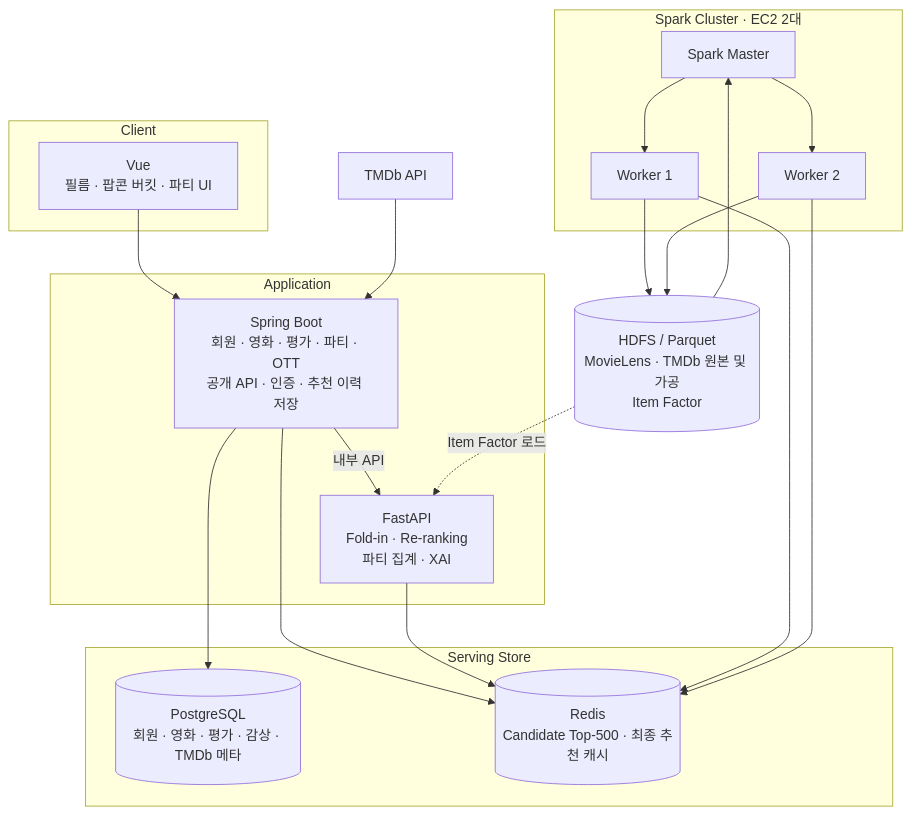
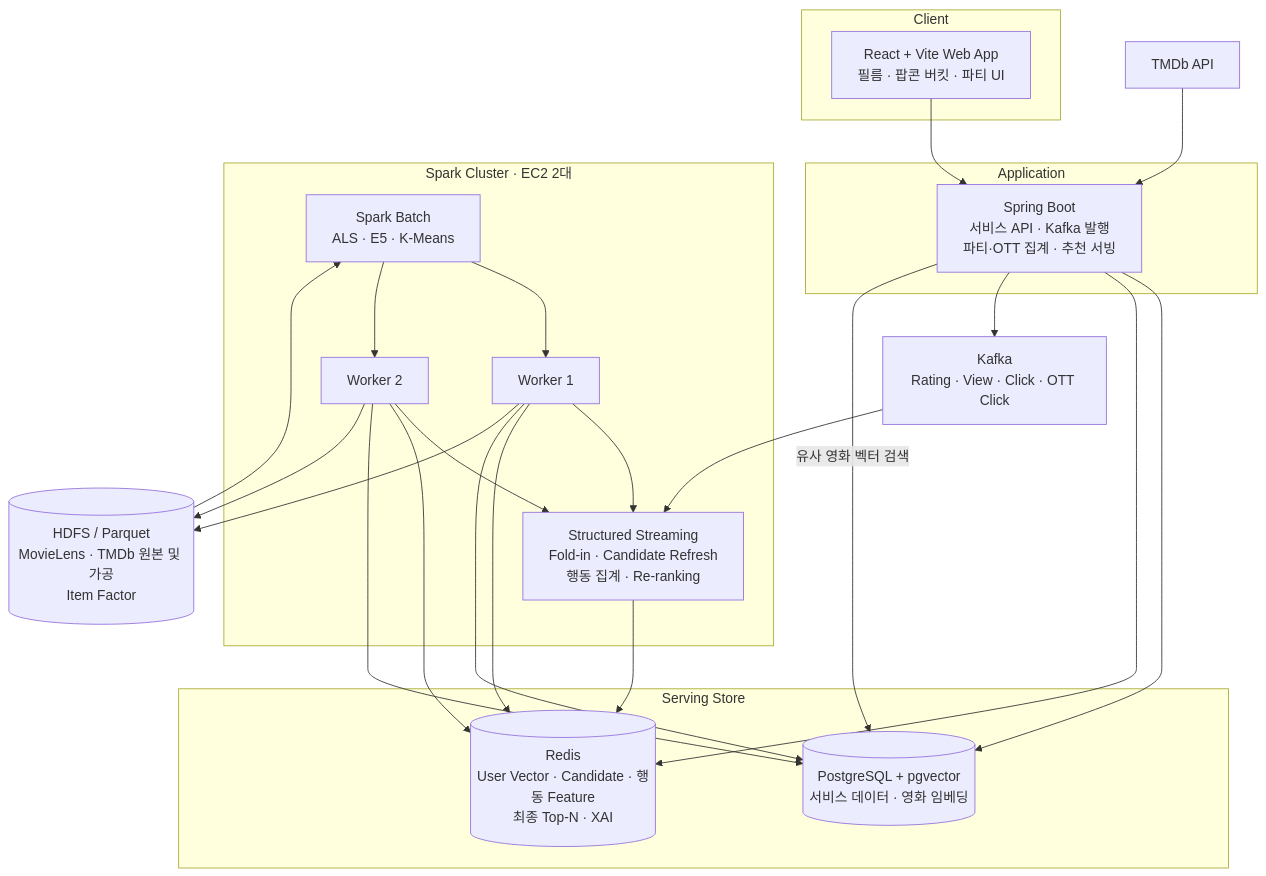
Before and after one commit to koongya-studio/feelm: the second of 3 diagrams in README.md, drawn with Mermaid. The commit also changed other lines of this file and 18 other files, not shown here.

````diff
--- a/README.md
+++ b/README.md
@@ -254,40 +254,46 @@
 ```mermaid
 flowchart TB
     subgraph CLIENT["Client"]
-        FE["Vue<br/>필름 · 팝콘 버킷 · 파티 UI"]
+        FE["React + Vite Web App<br/>필름 · 팝콘 버킷 · 파티 UI"]
     end
 
     subgraph APP["Application"]
-        BE["Spring Boot<br/>회원 · 영화 · 평가 · 파티 · OTT<br/>공개 API · 인증 · 추천 이력 저장"]
-        RS["FastAPI<br/>Fold-in · Re-ranking<br/>파티 집계 · XAI"]
+        BE["Spring Boot<br/>서비스 API · Kafka 발행<br/>파티·OTT 집계 · 추천 서빙"]
     end
 
     subgraph STORE["Serving Store"]
-        PG[("PostgreSQL<br/>회원 · 영화 · 평가 · 감상 · TMDb 메타")]
-        RD[("Redis<br/>Candidate Top-500 · 최종 추천 캐시")]
+        PG[("PostgreSQL + pgvector<br/>서비스 데이터 · 영화 임베딩")]
+        RD[("Redis<br/>User Vector · Candidate · 행동 Feature<br/>최종 Top-N · XAI")]
     end
 
     subgraph SPARK["Spark Cluster · EC2 2대"]
-        SM["Spark Master"]
+        SM["Spark Batch<br/>ALS · E5 · K-Means"]
+        SS["Structured Streaming<br/>Fold-in · Candidate Refresh<br/>행동 집계 · Re-ranking"]
         W1["Worker 1"]
         W2["Worker 2"]
     end
 
     LAKE[("HDFS / Parquet<br/>MovieLens · TMDb 원본 및 가공<br/>Item Factor")]
+    KF["Kafka<br/>Rating · View · Click · OTT Click"]
     TMDB["TMDb API"]
 
     FE --> BE
     BE --> PG
     BE --> RD
-    BE -->|"내부 API"| RS
-    RS --> RD
-    LAKE -.->|"Item Factor 로드"| RS
+    BE --> KF
+    KF --> SS
+    SS --> RD
+    BE -->|"유사 영화 벡터 검색"| PG
     TMDB --> BE
     LAKE --> SM
     SM --> W1
     SM --> W2
+    W1 --> SS
+    W2 --> SS
     W1 --> RD
     W2 --> RD
+    W1 --> PG
+    W2 --> PG
     W1 --> LAKE
     W2 --> LAKE
 ```
````
